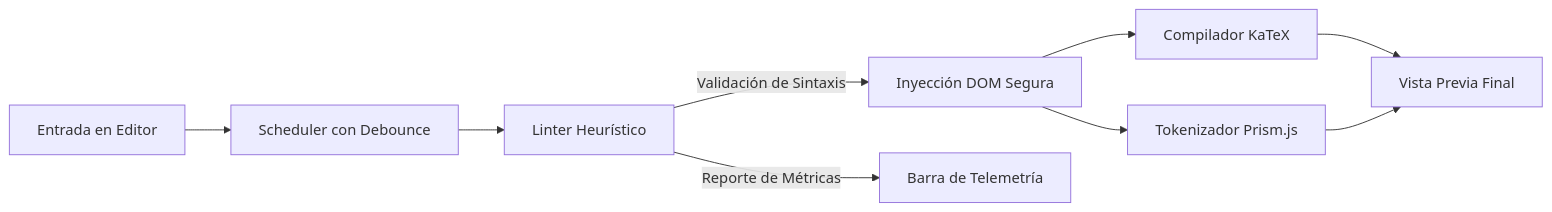
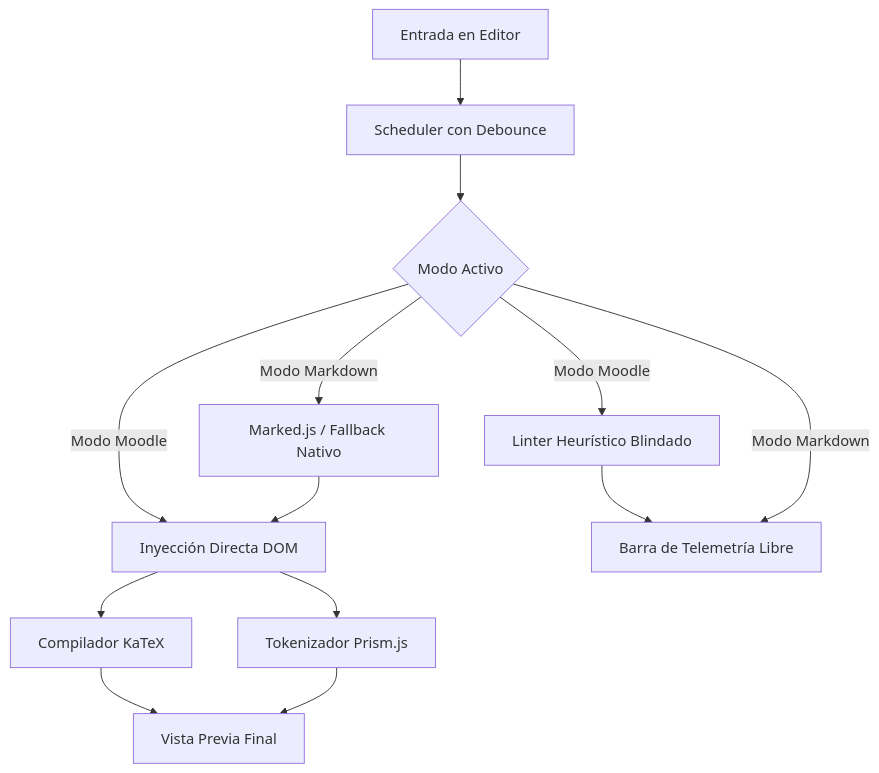
One commit to Klopezxd/preview-suite changed the diagram in README.md. Above: the diagram before and after it, drawn with Mermaid. The commit also changed other lines of this file and 11 other files, not shown here.

Commit message:
feat: lanzamiento v3.0 con suite dual (Moodle + Markdown), arquitectura modular y blindaje integral

````diff
--- a/README.md
+++ b/README.md
@@ -71,11 +85,19 @@
 ```mermaid
-flowchart LR
-    A[Entrada en Editor] --> B[Scheduler con Debounce]
-    B --> C[Linter Heurístico]
-    C -->|Validación de Sintaxis| D[Inyección DOM Segura]
-    D --> E[Compilador KaTeX]
-    D --> F[Tokenizador Prism.js]
-    E --> G[Vista Previa Final]
-    F --> G
-    C -->|Reporte de Métricas| H[Barra de Telemetría]
+flowchart TD
+    Entrada[Entrada en Editor] --> Scheduler[Scheduler con Debounce]
+    Scheduler --> CondicionModo{Modo Activo}
+    
+    CondicionModo -->|Modo Moodle| InyMoodle[Inyección Directa DOM]
+    CondicionModo -->|Modo Markdown| Transpila[Marked.js / Fallback Nativo]
+    
+    Transpila --> InyMoodle
+    InyMoodle --> KaTeX[Compilador KaTeX]
+    InyMoodle --> Prism[Tokenizador Prism.js]
+    
+    KaTeX --> Vista[Vista Previa Final]
+    Prism --> Vista
+    
+    CondicionModo -->|Modo Moodle| Linter[Linter Heurístico Blindado]
+    Linter --> Telemetria[Barra de Telemetría Libre]
+    CondicionModo -->|Modo Markdown| Telemetria
 ```
````
